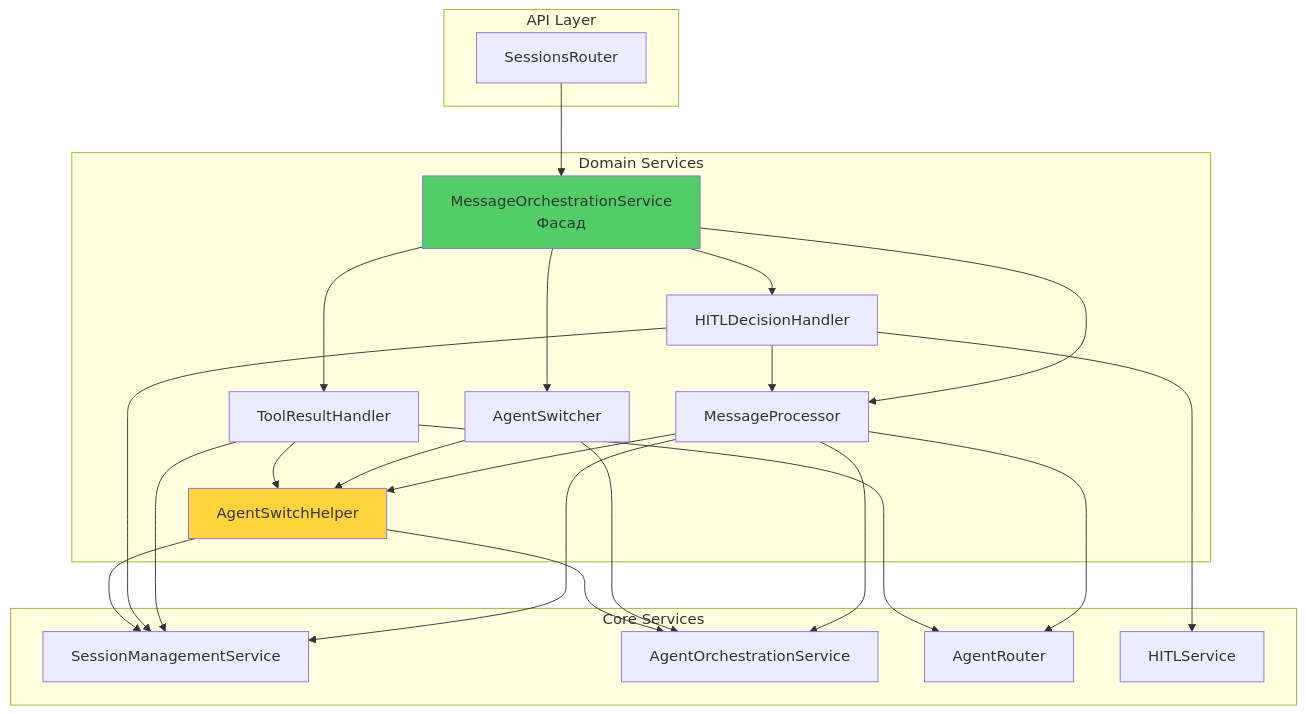
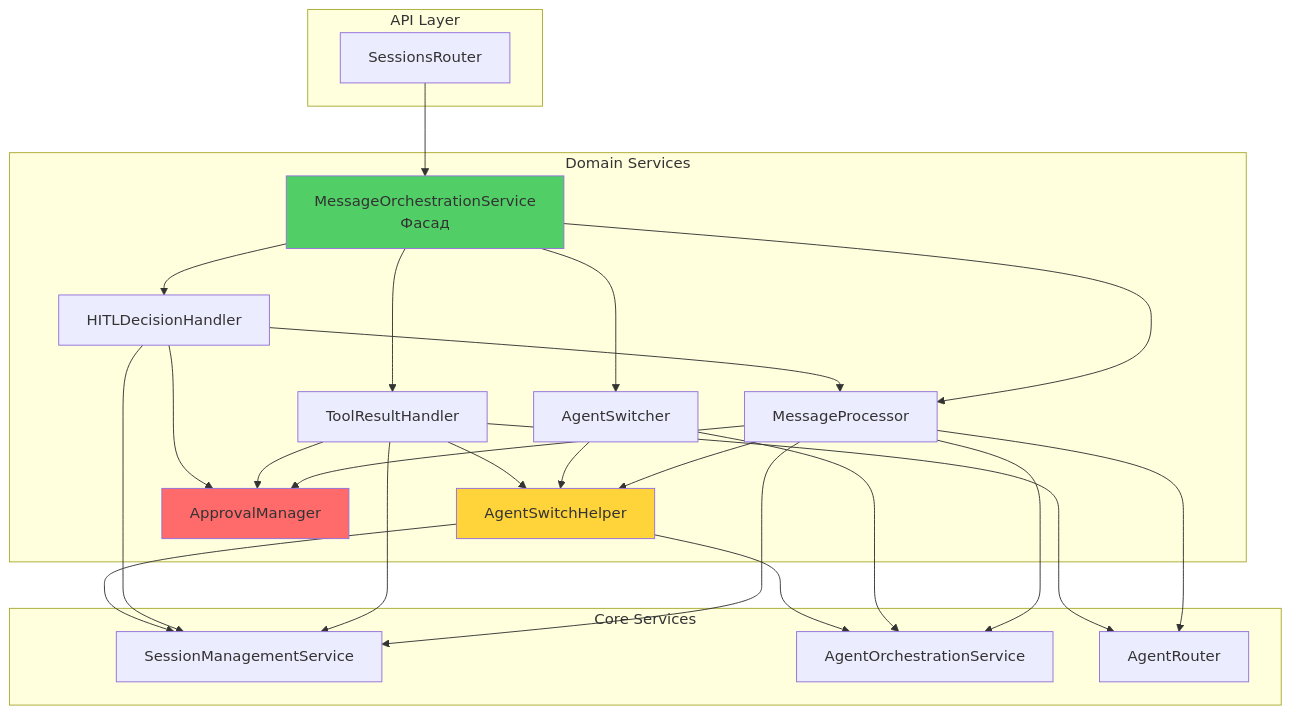
The first of 2 diagrams in agent-runtime/README.md (pese-git/codelab-ai-service), drawn with Mermaid before and after one commit. The commit also changed 9 other files, not shown here.

````diff
--- a/agent-runtime/README.md
+++ b/agent-runtime/README.md
@@ -90,51 +90,54 @@
 ```mermaid
 graph TB
     subgraph "API Layer"
         Router[SessionsRouter]
     end
     
     subgraph "Domain Services"
         MOS[MessageOrchestrationService<br/>Фасад]
         MP[MessageProcessor]
         AS[AgentSwitcher]
         TRH[ToolResultHandler]
         HITLH[HITLDecisionHandler]
         Helper[AgentSwitchHelper]
+        AM[ApprovalManager]
     end
     
     subgraph "Core Services"
         SMS[SessionManagementService]
         AOS[AgentOrchestrationService]
         AR[AgentRouter]
-        HITL[HITLService]
     end
     
     Router --> MOS
     MOS --> MP
     MOS --> AS
     MOS --> TRH
     MOS --> HITLH
     
     MP --> Helper
     AS --> Helper
     TRH --> Helper
     
     MP --> SMS
     MP --> AOS
     MP --> AR
+    MP --> AM
     
     AS --> AOS
     
     TRH --> SMS
     TRH --> AR
+    TRH --> AM
     
-    HITLH --> HITL
+    HITLH --> AM
     HITLH --> SMS
     HITLH --> MP
     
     Helper --> SMS
     Helper --> AOS
     
     style MOS fill:#51cf66
     style Helper fill:#ffd43b
+    style AM fill:#ff6b6b
 ```
````
